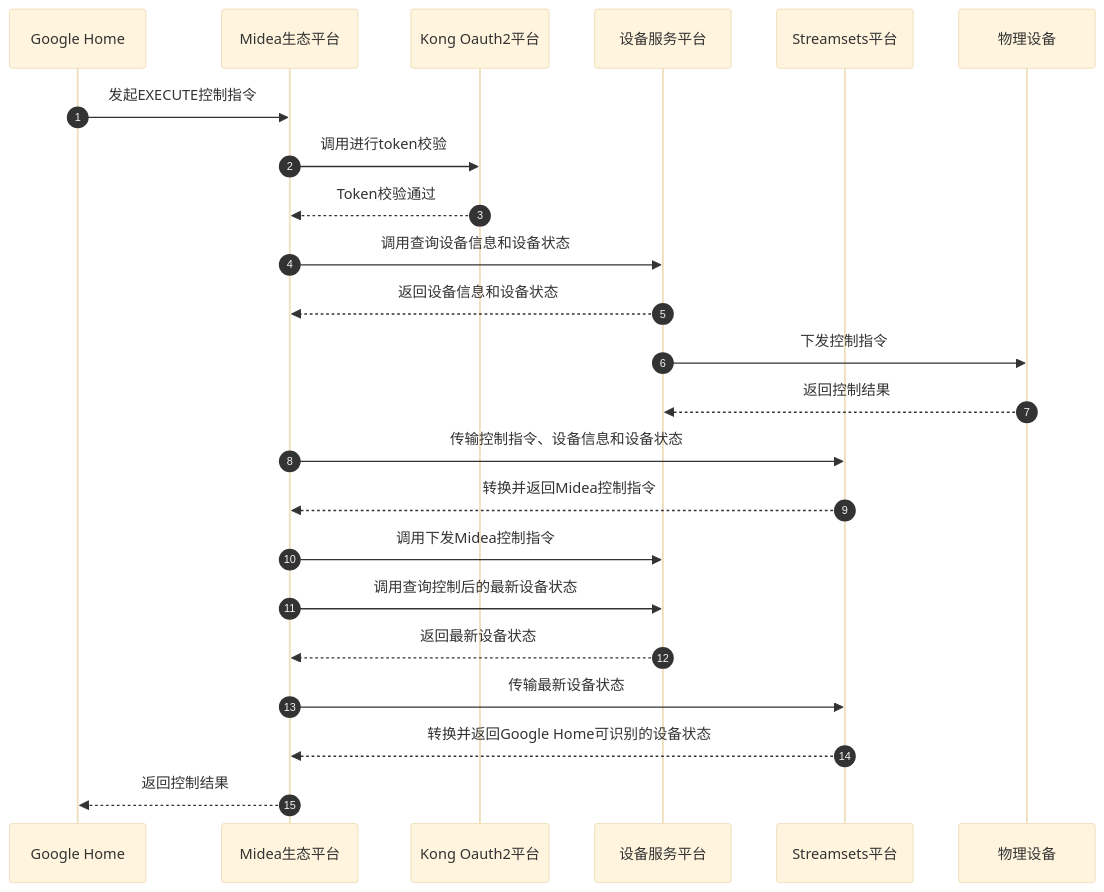
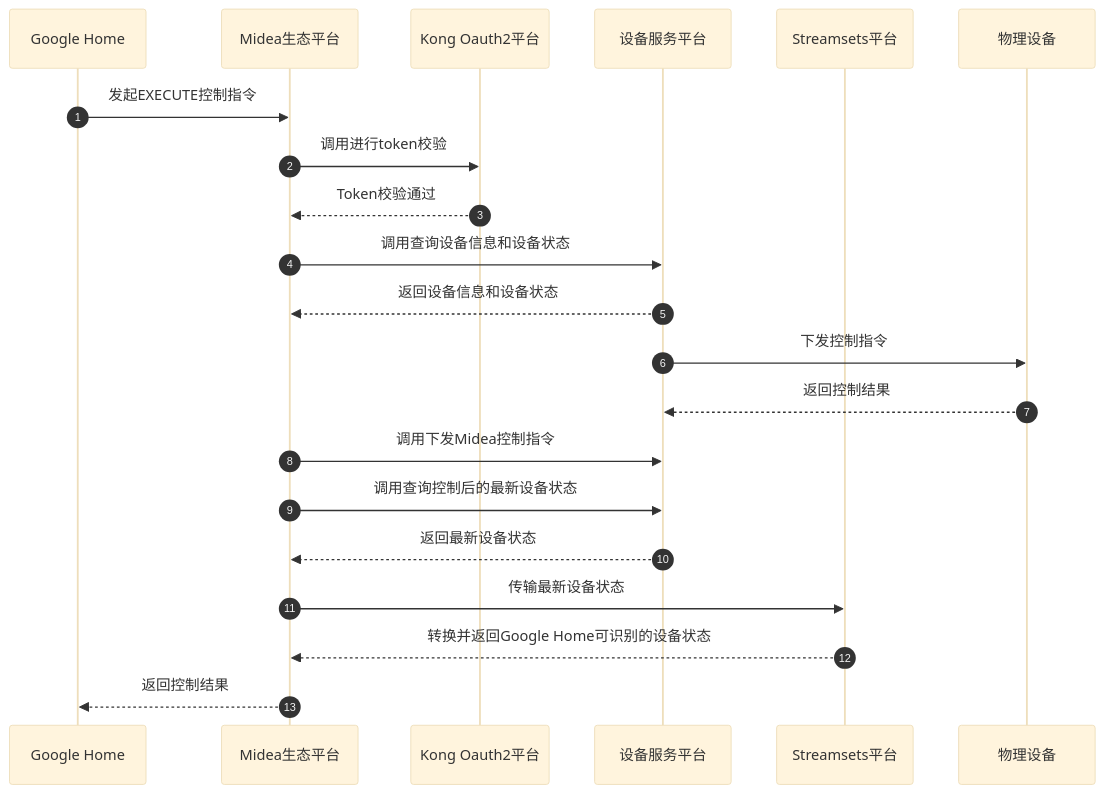
Before and after one commit to ixiaoyang8/iodraw-files: the diagram in all/未命名-19.md, drawn with Mermaid (base theme).

Commit message:
2026-06-11 11:19:10 update

````diff
--- a/all/未命名-19.md
+++ b/all/未命名-19.md
@@ -1,28 +1,26 @@
 ```mermaid
 sequenceDiagram
     autonumber
     participant GoogleHome as Google Home
     participant MideaEco as Midea生态平台
     participant KongOAuth as Kong Oauth2平台
     participant DevService as 设备服务平台
     participant Streamsets as Streamsets平台
     participant Device as 物理设备
     
 
     GoogleHome->>MideaEco: 发起EXECUTE控制指令
     MideaEco->>KongOAuth: 调用进行token校验
     KongOAuth-->>MideaEco: Token校验通过
     MideaEco->>DevService: 调用查询设备信息和设备状态
     DevService-->>MideaEco: 返回设备信息和设备状态
     DevService->>Device: 下发控制指令
     Device-->>DevService: 返回控制结果
-    MideaEco->>Streamsets: 传输控制指令、设备信息和设备状态
-    Streamsets-->>MideaEco: 转换并返回Midea控制指令
     MideaEco->>DevService: 调用下发Midea控制指令
     MideaEco->>DevService: 调用查询控制后的最新设备状态
     DevService-->>MideaEco: 返回最新设备状态
     MideaEco->>Streamsets: 传输最新设备状态
     Streamsets-->>MideaEco: 转换并返回Google Home可识别的设备状态
     MideaEco-->>GoogleHome: 返回控制结果
 
 ```
````
